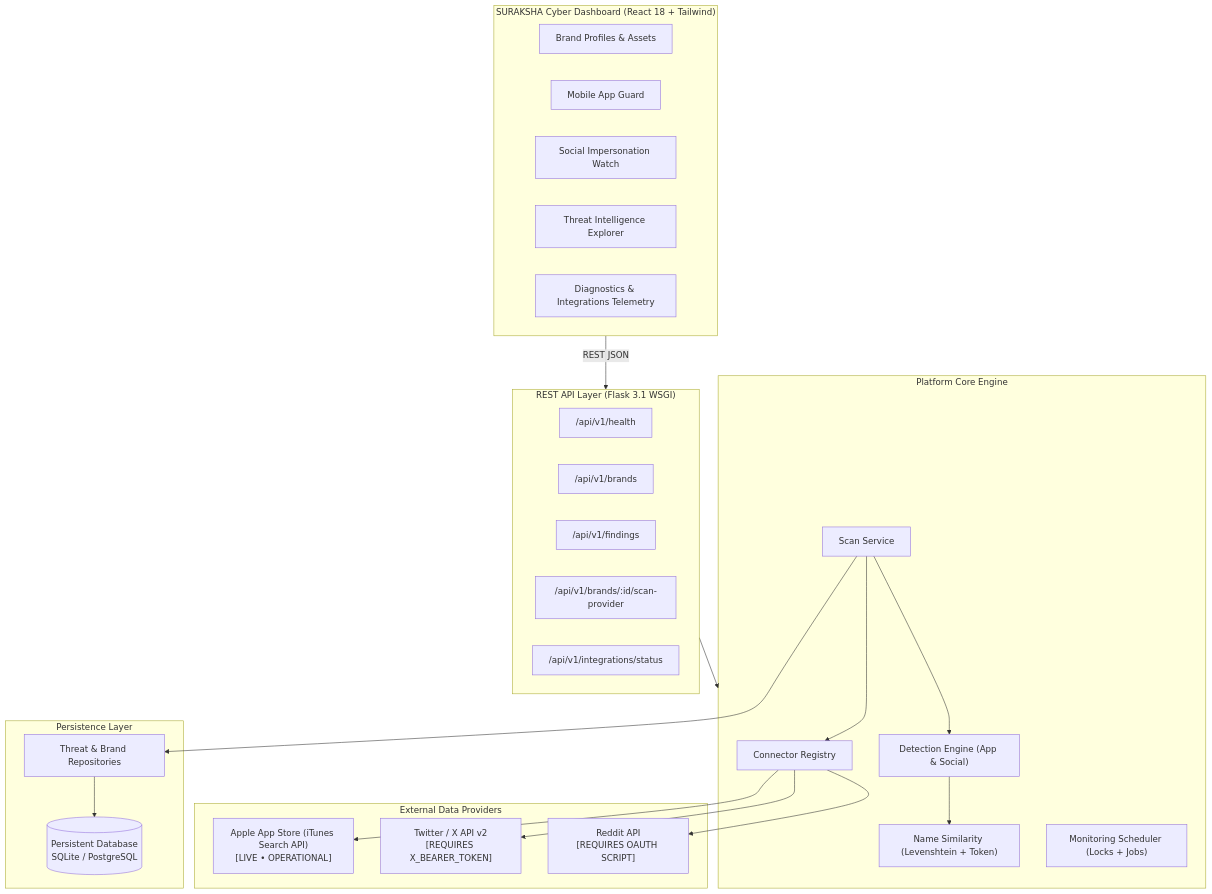
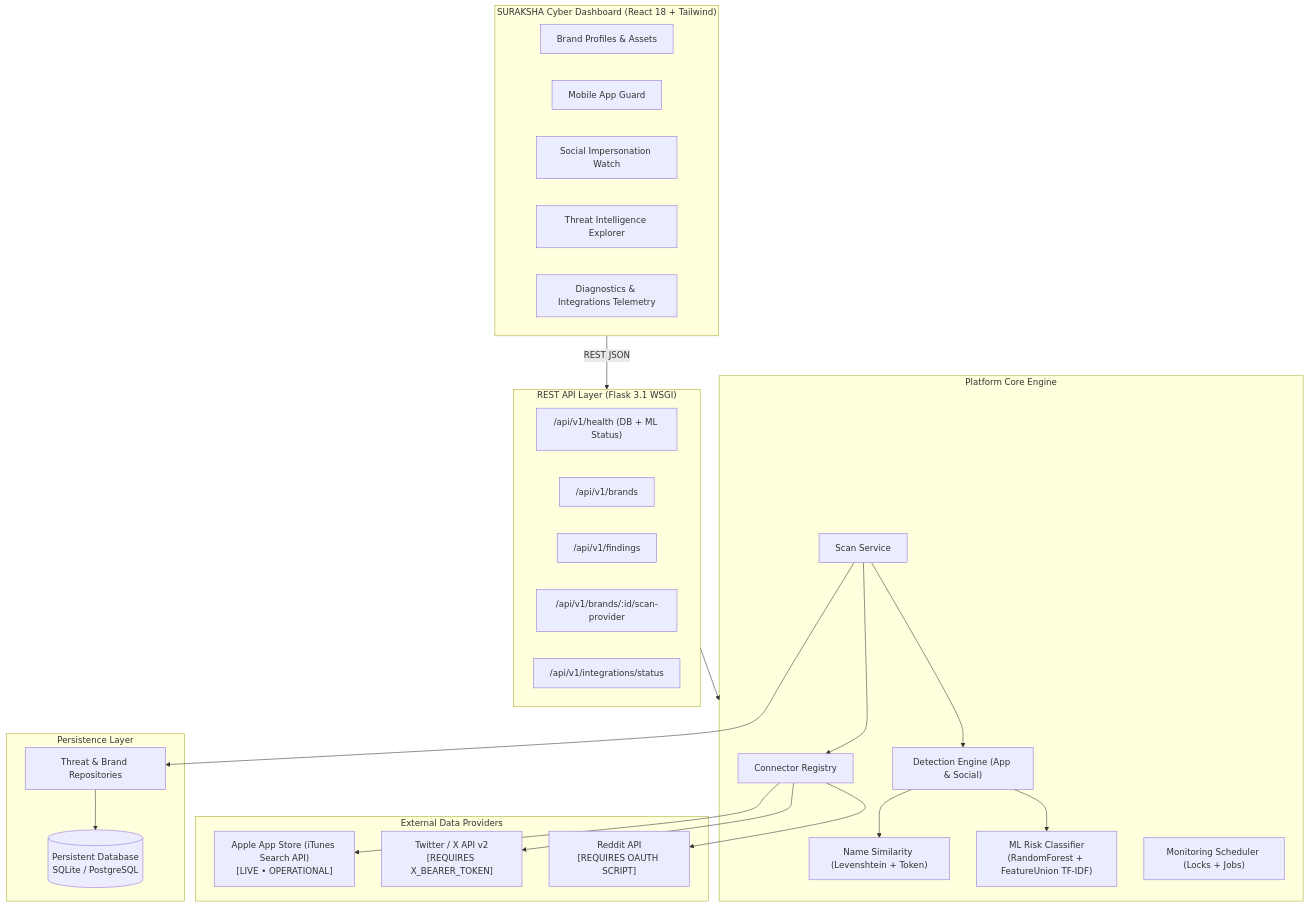
The diagram in README.md (MayankDoesCode/Suraksha), drawn with Mermaid before and after one commit. The commit also changed other lines of this file and 68 other files, not shown here.

````diff
--- a/README.md
+++ b/README.md
@@ -19,48 +20,50 @@
 ```mermaid
 flowchart TD
     subgraph UI ["SURAKSHA Cyber Dashboard (React 18 + Tailwind)"]
         Dashboard["Brand Profiles & Assets"]
         AppGuard["Mobile App Guard"]
         SocialWatch["Social Impersonation Watch"]
         ThreatExp["Threat Intelligence Explorer"]
         Diagnostics["Diagnostics & Integrations Telemetry"]
     end
 
     subgraph API ["REST API Layer (Flask 3.1 WSGI)"]
-        HealthEndpoint["/api/v1/health"]
+        HealthEndpoint["/api/v1/health (DB + ML Status)"]
         BrandEndpoints["/api/v1/brands"]
         FindingEndpoints["/api/v1/findings"]
         ProviderEndpoints["/api/v1/brands/:id/scan-provider"]
         IntegrationsEndpoint["/api/v1/integrations/status"]
     end
 
     subgraph Core ["Platform Core Engine"]
         Registry["Connector Registry"]
         ScanOrchestrator["Scan Service"]
         DetectionEngine["Detection Engine (App & Social)"]
         SimilaritySvc["Name Similarity (Levenshtein + Token)"]
+        MLClassifier["ML Risk Classifier\n(RandomForest + FeatureUnion TF-IDF)"]
         Scheduler["Monitoring Scheduler (Locks + Jobs)"]
     end
 
     subgraph Providers ["External Data Providers"]
         AppleAPI["Apple App Store (iTunes Search API)\n[LIVE • OPERATIONAL]"]
         TwitterAPI["Twitter / X API v2\n[REQUIRES X_BEARER_TOKEN]"]
         RedditAPI["Reddit API\n[REQUIRES OAUTH SCRIPT]"]
     end
 
     subgraph Storage ["Persistence Layer"]
         Repo["Threat & Brand Repositories"]
         DB[(Persistent Database\nSQLite / PostgreSQL)]
     end
 
     UI -->|REST JSON| API
     API --> Core
     ScanOrchestrator --> Registry
     Registry --> AppleAPI
     Registry --> TwitterAPI
     Registry --> RedditAPI
     ScanOrchestrator --> DetectionEngine
     DetectionEngine --> SimilaritySvc
+    DetectionEngine --> MLClassifier
     ScanOrchestrator --> Repo
     Repo --> DB
 ```
````
